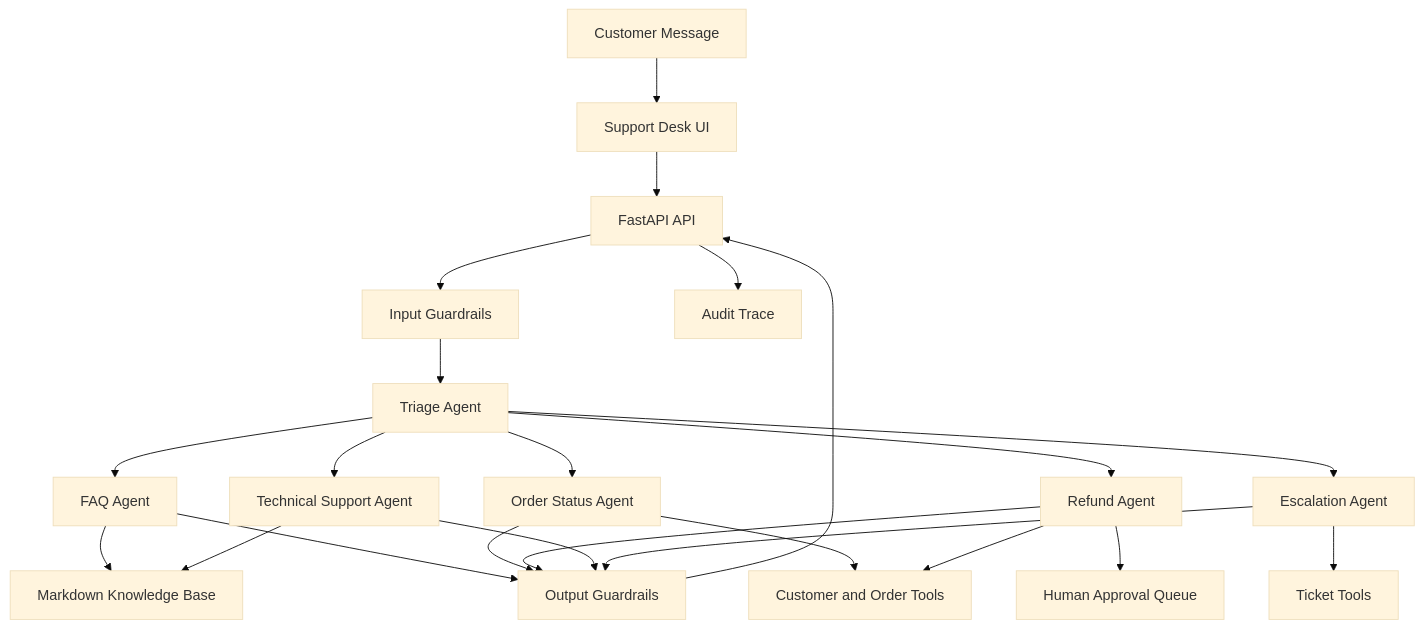
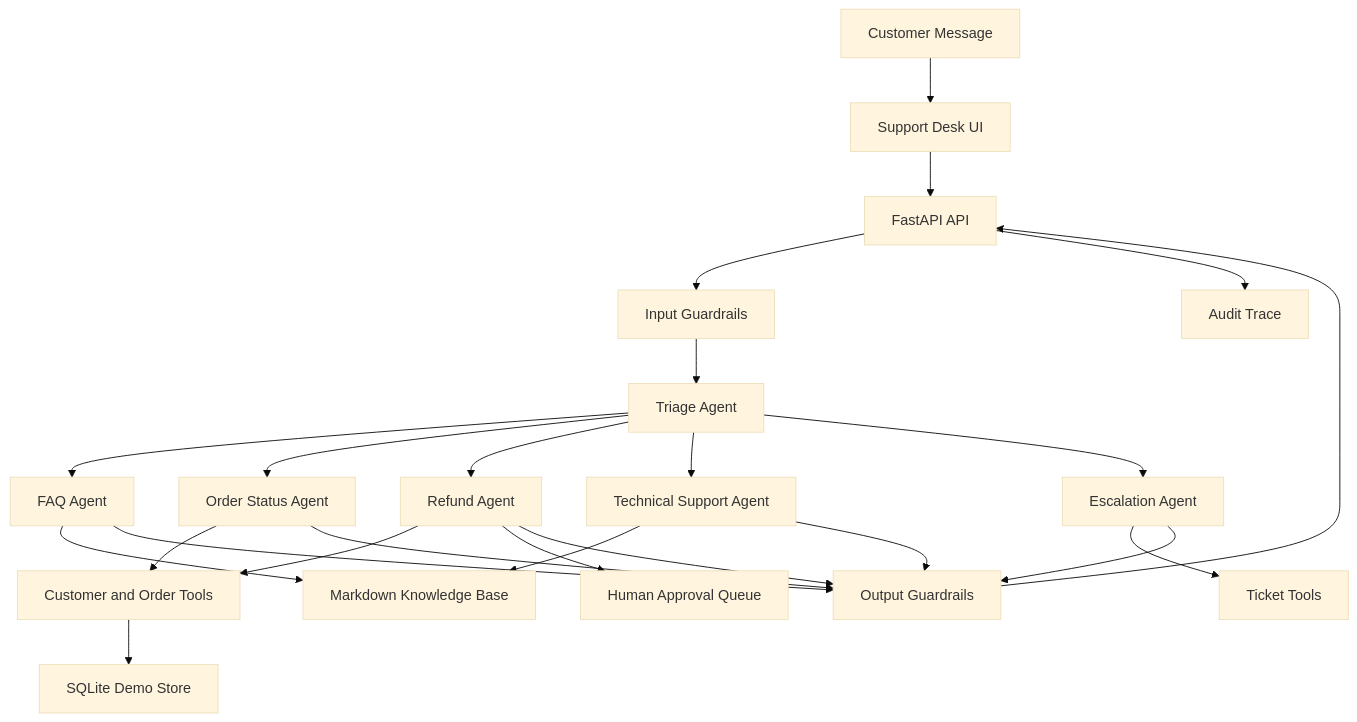
One commit to rakunn/customer_support_multi_agent_desk changed the diagram in docs/architecture.md. Above: the diagram before and after it, drawn with Mermaid (base theme). The commit also changed other lines of this file and 17 other files, not shown here.

````diff
--- a/docs/architecture.md
+++ b/docs/architecture.md
@@ -5,25 +5,26 @@
 ```mermaid
 flowchart TD
     U[Customer Message] --> UI[Support Desk UI]
     UI --> API[FastAPI API]
     API --> GR[Input Guardrails]
     GR --> TRIAGE[Triage Agent]
     TRIAGE --> FAQ[FAQ Agent]
     TRIAGE --> ORDER[Order Status Agent]
     TRIAGE --> REFUND[Refund Agent]
     TRIAGE --> TECH[Technical Support Agent]
     TRIAGE --> ESC[Escalation Agent]
     FAQ --> KB[Markdown Knowledge Base]
     ORDER --> TOOLS[Customer and Order Tools]
     REFUND --> TOOLS
+    TOOLS --> DB[SQLite Demo Store]
     REFUND --> APPROVALS[Human Approval Queue]
     TECH --> KB
     ESC --> TICKETS[Ticket Tools]
     FAQ --> QA[Output Guardrails]
     ORDER --> QA
     REFUND --> QA
     TECH --> QA
     ESC --> QA
     QA --> API
     API --> LOGS[Audit Trace]
 ```
````
